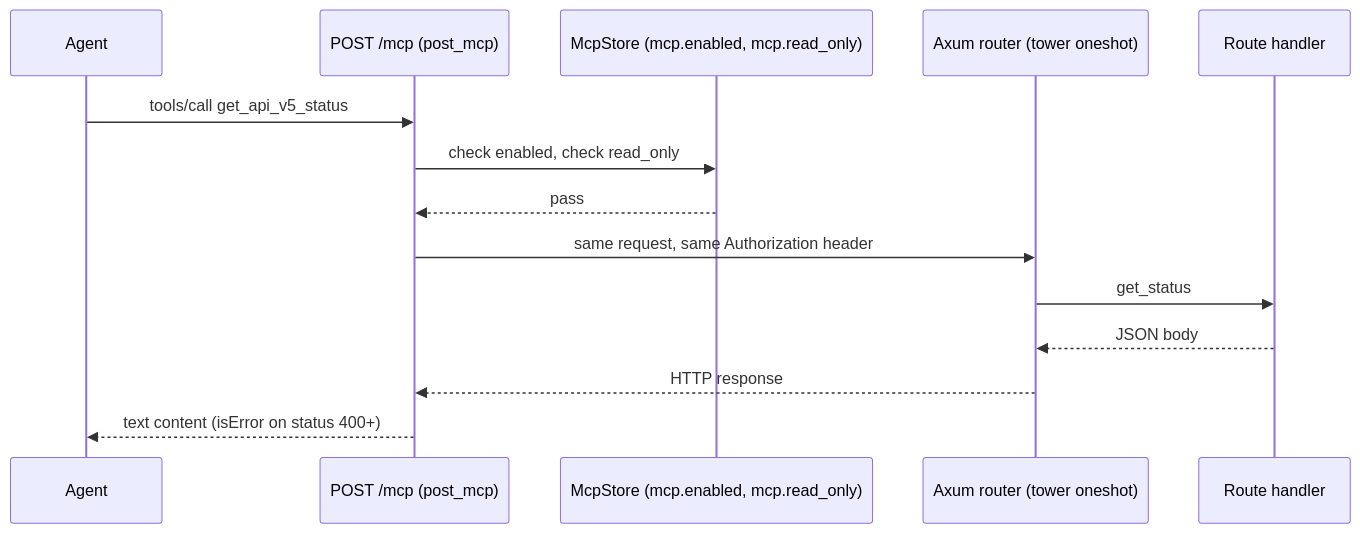
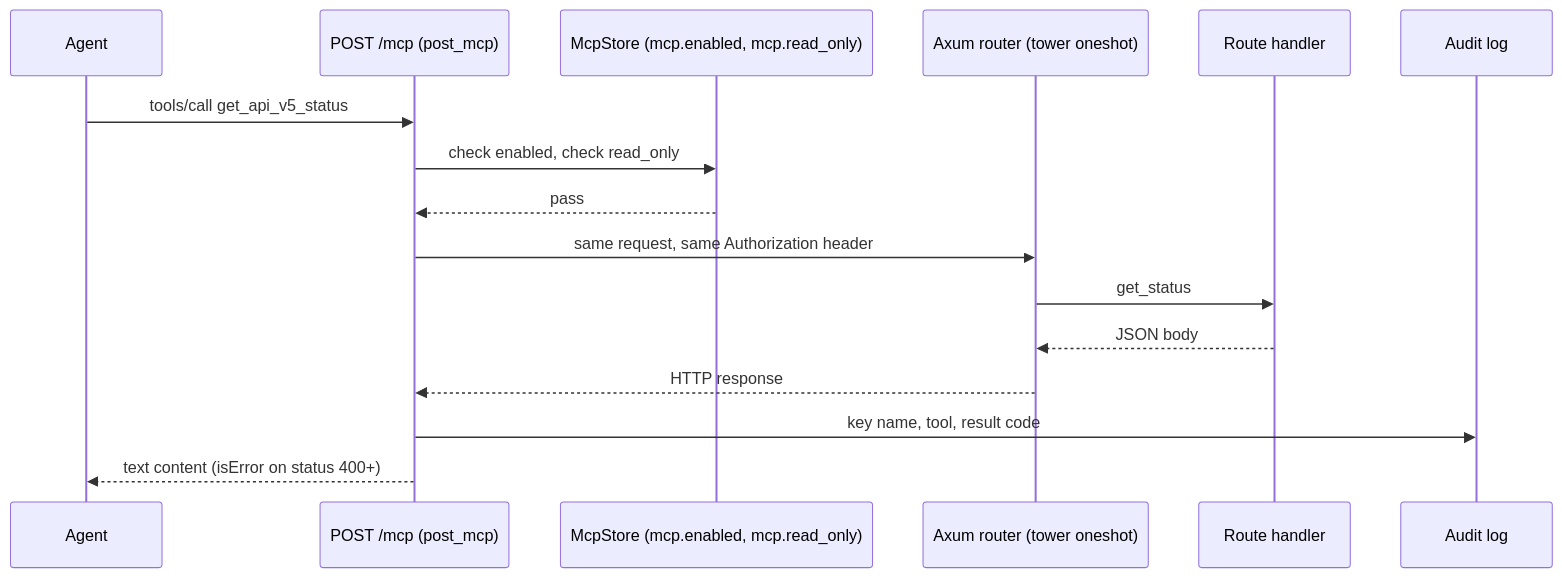
The diagram in docs/mcp.md (Indus-Stack/indramqtt), drawn with Mermaid before and after one commit. The commit also changed other lines of this file and 7 other files, not shown here.

````diff
--- a/docs/mcp.md
+++ b/docs/mcp.md
@@ -8,16 +10,18 @@
 ```mermaid
 sequenceDiagram
     participant Agent as Agent
     participant MCP as POST /mcp (post_mcp)
     participant Switch as McpStore (mcp.enabled, mcp.read_only)
     participant Router as Axum router (tower oneshot)
     participant Handler as Route handler
+    participant Audit as Audit log
     Agent->>MCP: tools/call get_api_v5_status
     MCP->>Switch: check enabled, check read_only
     Switch-->>MCP: pass
     MCP->>Router: same request, same Authorization header
     Router->>Handler: get_status
     Handler-->>Router: JSON body
     Router-->>MCP: HTTP response
+    MCP->>Audit: key name, tool, result code
     MCP-->>Agent: text content (isError on status 400+)
 ```
````
